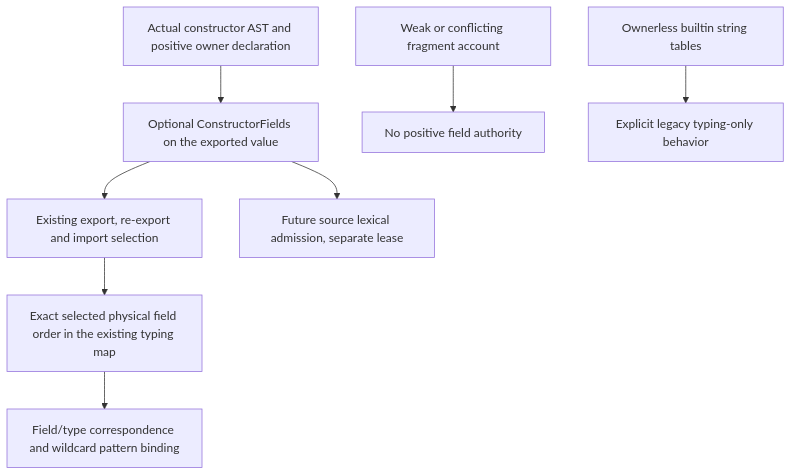
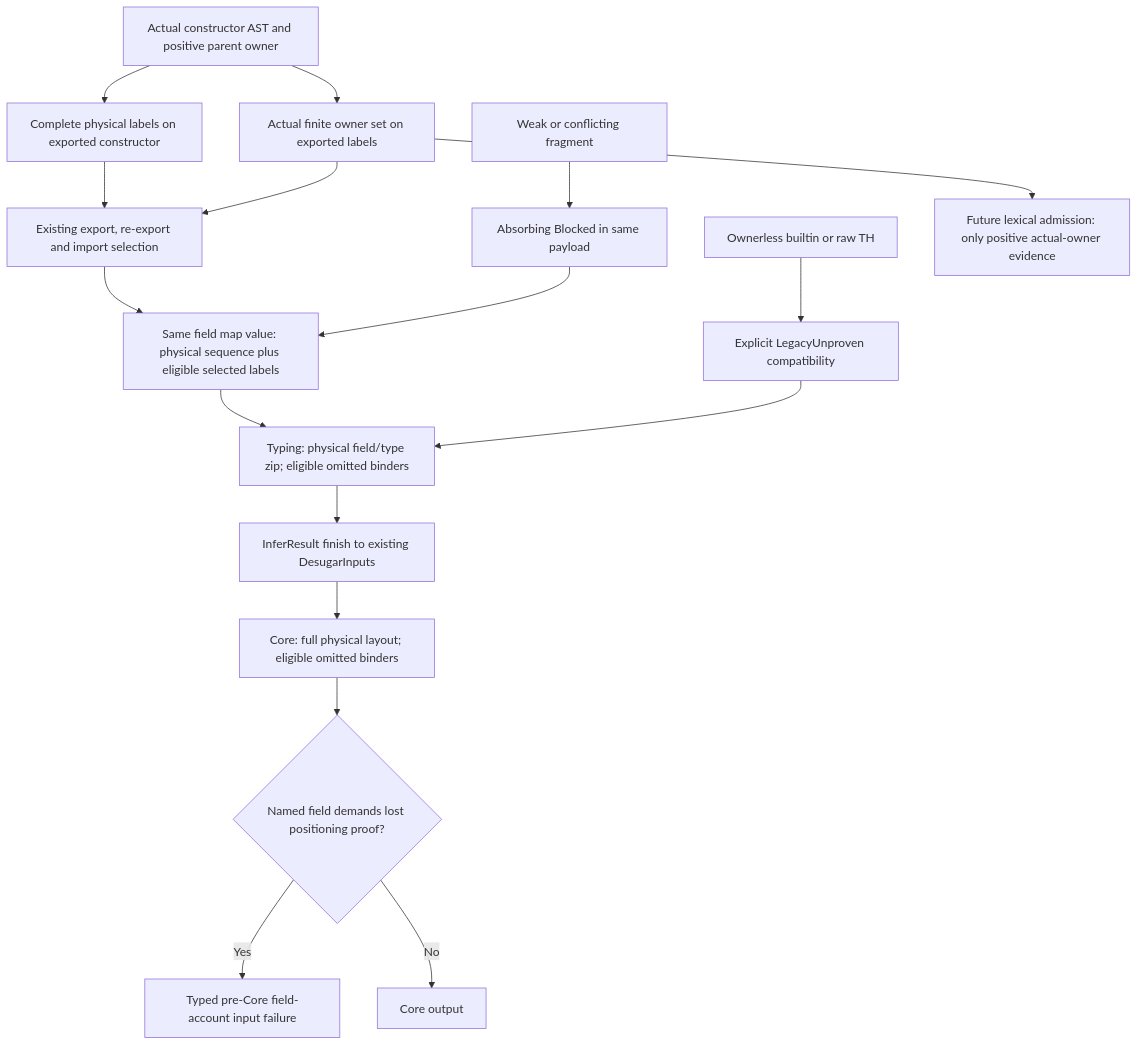
One commit to loveJesus/haskelujah-chirho changed the fifth of 5 diagrams in spec-chirho/workflows-chirho/compiler-pipeline-chirho/value-scope-resolution-chirho.md. Above: the diagram before and after it, drawn with Mermaid. The commit also changed other lines of this file and 29 other files, not shown here.

First line of the commit message:
Separate constructor layout from selected wildcard binders Chirho

````diff
--- a/spec-chirho/workflows-chirho/compiler-pipeline-chirho/value-scope-resolution-chirho.md
+++ b/spec-chirho/workflows-chirho/compiler-pipeline-chirho/value-scope-resolution-chirho.md
@@ -226,10 +226,19 @@
 ```mermaid
 flowchart TD
-    declaration_chirho[Actual constructor AST and positive owner declaration] --> fields_chirho[Optional ConstructorFields on the exported value]
+    declaration_chirho[Actual constructor AST and positive parent owner] --> fields_chirho[Complete physical labels on exported constructor]
+    declaration_chirho --> label_owners_chirho[Actual finite owner set on exported labels]
     fields_chirho --> selection_chirho[Existing export, re-export and import selection]
-    selection_chirho --> physical_chirho[Exact selected physical field order in the existing typing map]
-    physical_chirho --> pattern_chirho[Field/type correspondence and wildcard pattern binding]
-    fields_chirho --> future_chirho[Future source lexical admission, separate lease]
-    conflict_chirho[Weak or conflicting fragment account] --> unknown_chirho[No positive field authority]
-    legacy_chirho[Ownerless builtin string tables] --> compatibility_chirho[Explicit legacy typing-only behavior]
+    label_owners_chirho --> selection_chirho
+    selection_chirho --> scope_chirho[Same field map value: physical sequence plus eligible selected labels]
+    scope_chirho --> type_chirho[Typing: physical field/type zip; eligible omitted binders]
+    type_chirho --> finish_chirho[InferResult finish to existing DesugarInputs]
+    finish_chirho --> core_chirho[Core: full physical layout; eligible omitted binders]
+    core_chirho --> demanded_chirho{Named field demands lost positioning proof?}
+    demanded_chirho -->|Yes| refuse_chirho[Typed pre-Core field-account input failure]
+    demanded_chirho -->|No| output_chirho[Core output]
+    conflict_chirho[Weak or conflicting fragment] --> blocked_chirho[Absorbing Blocked in same payload]
+    blocked_chirho --> scope_chirho
+    legacy_chirho[Ownerless builtin or raw TH] --> compatibility_chirho[Explicit LegacyUnproven compatibility]
+    compatibility_chirho --> type_chirho
+    label_owners_chirho --> future_chirho[Future lexical admission: only positive actual-owner evidence]
 ```
````
